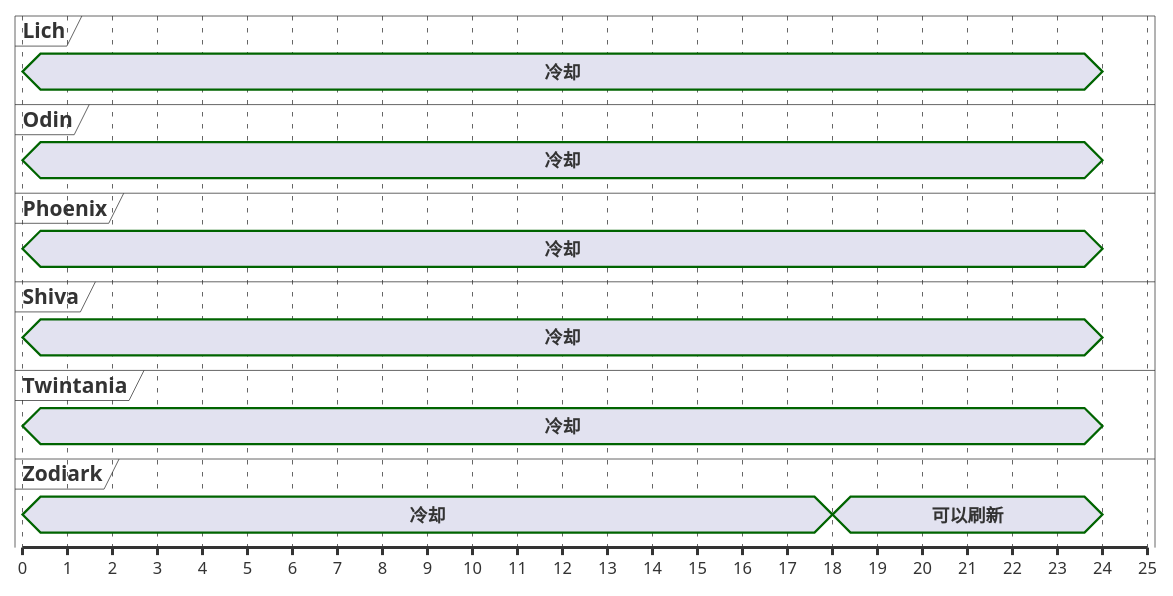
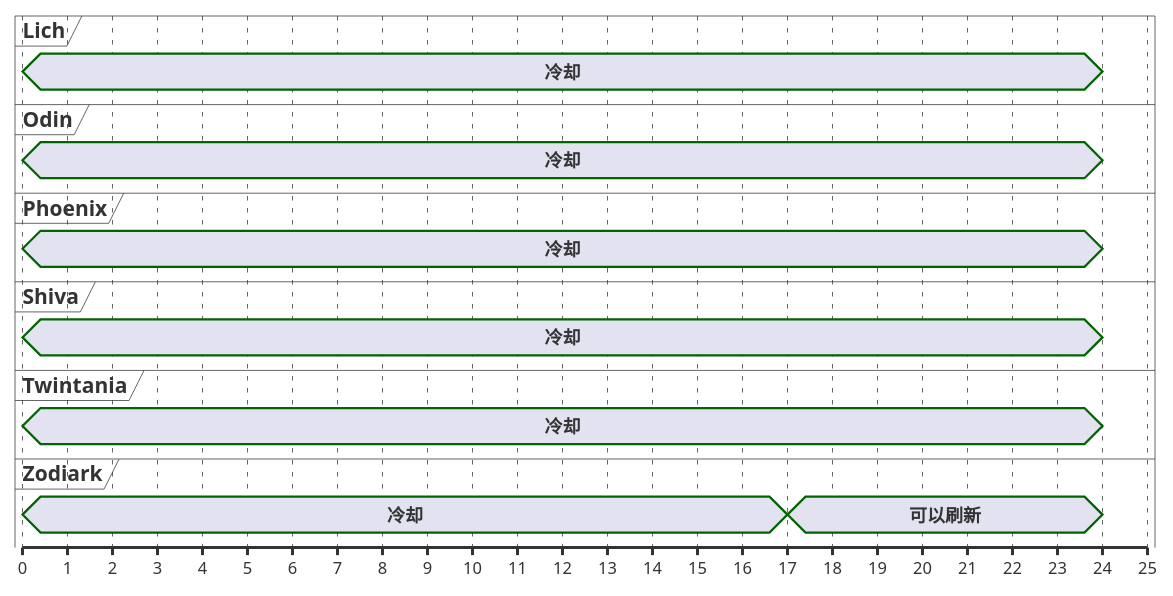
Before and after one commit to Eroleice/doc-pi: diagram 12 of 13 in ffxiv/hunt/6.0/Armstrong.md, drawn with PlantUML. The commit also changed other lines of this file and 38 other files, not shown here.

````diff
--- a/ffxiv/hunt/6.0/Armstrong.md
+++ b/ffxiv/hunt/6.0/Armstrong.md
@@ -850,38 +851,38 @@
 ```plantuml
 @startuml
 scale 1 as 30 pixels
 
 concise Lich
 concise Odin
 concise Phoenix
 concise Shiva
 concise Twintania
 concise Zodiark
 
 @Zodiark
 0 is 冷却
-18 is 可以刷新
+17 is 可以刷新
 24 is {hidden}
 
 @Odin
 0 is 冷却
 24 is {hidden}
 
 @Shiva
 0 is 冷却
 24 is {hidden}
 
 @Phoenix
 0 is 冷却
 24 is {hidden}
 
 @Lich
 0 is 冷却
 24 is {hidden}
 
 @Twintania
 0 is 冷却
 24 is {hidden}
 
 @enduml
 ```
````
